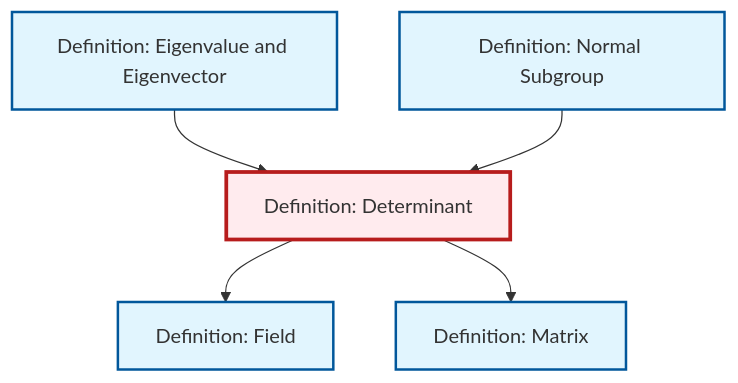
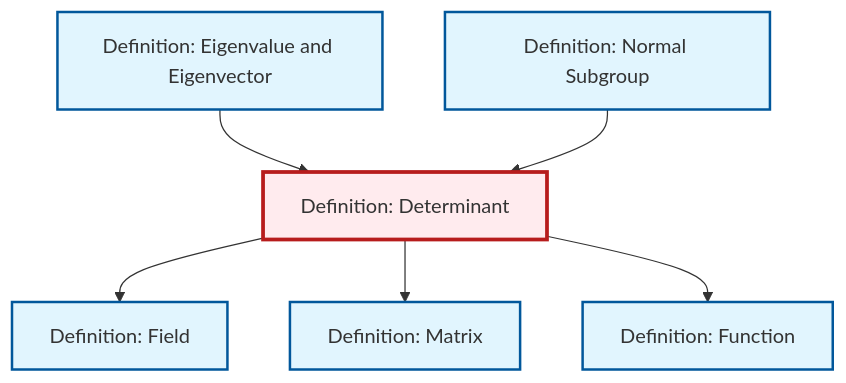
Before and after one commit to RK0429/ModernMath: the diagram in content/ja/algebra/def-determinant.qmd, drawn with Mermaid. The commit also changed 554 other files, not shown here.

````diff
--- a/content/ja/algebra/def-determinant.qmd
+++ b/content/ja/algebra/def-determinant.qmd
@@ -81,23 +81,26 @@
 ```{mermaid}
 %%| fig-cap: "Local dependency graph"
 graph TD
     classDef definition fill:#e1f5fe,stroke:#01579b,stroke-width:2px
     classDef theorem fill:#f3e5f5,stroke:#4a148c,stroke-width:2px
     classDef axiom fill:#fff3e0,stroke:#e65100,stroke-width:2px
     classDef example fill:#e8f5e9,stroke:#1b5e20,stroke-width:2px
     classDef current fill:#ffebee,stroke:#b71c1c,stroke-width:3px
     def-field["Definition: Field"]:::definition
+    def-matrix["Definition: Matrix"]:::definition
+    def-function["Definition: Function"]:::definition
+    def-normal-subgroup["Definition: Normal Subgroup"]:::definition
     def-determinant["Definition: Determinant"]:::definition
-    def-normal-subgroup["Definition: Normal Subgroup"]:::definition
     def-eigenvalue-eigenvector["Definition: Eigenvalue and Eigenvector"]:::definition
-    def-matrix["Definition: Matrix"]:::definition
     def-determinant --> def-field
     def-eigenvalue-eigenvector --> def-determinant
     def-determinant --> def-matrix
+    def-determinant --> def-function
     def-normal-subgroup --> def-determinant
     class def-determinant current
     click def-field "def-field.html" "Definition: Fieldへ"
+    click def-matrix "def-matrix.html" "Definition: Matrixへ"
+    click def-function "def-function.html" "Definition: Functionへ"
     click def-normal-subgroup "def-normal-subgroup.html" "Definition: Normal Subgroupへ"
     click def-eigenvalue-eigenvector "def-eigenvalue-eigenvector.html" "Definition: Eigenvalue and Eigenvectorへ"
-    click def-matrix "def-matrix.html" "Definition: Matrixへ"
 ```
````
